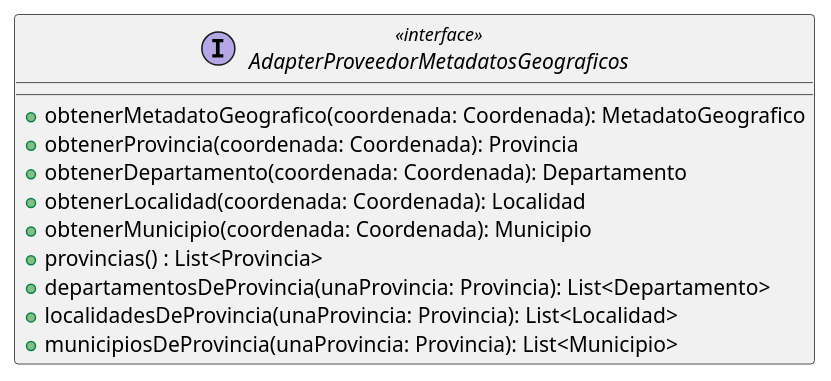
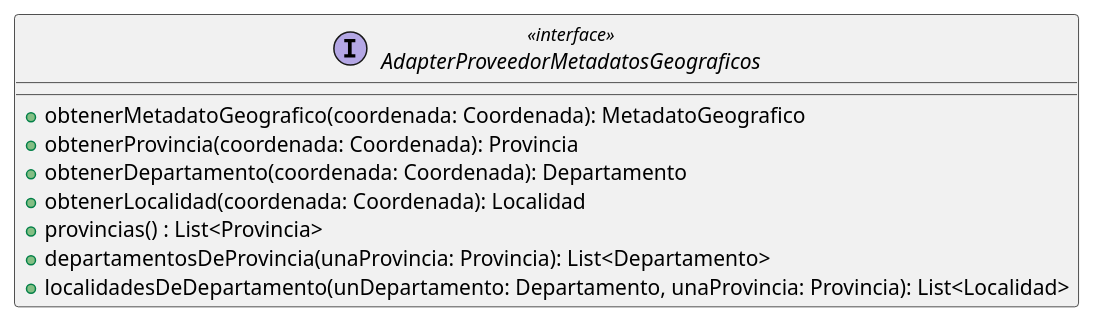
One commit to mbertogliati/dds-tpa changed the diagram in main-project/DC/E3/meta_datos_geo/AdapterProveedorMetadatosGeograficos.puml. Above: the diagram before and after it, drawn with PlantUML. The commit also changed 31 other files, not shown here.

```diff
--- a/main-project/DC/E3/meta_datos_geo/AdapterProveedorMetadatosGeograficos.puml
+++ b/main-project/DC/E3/meta_datos_geo/AdapterProveedorMetadatosGeograficos.puml
@@ -1,16 +1,14 @@
 @startuml
 'https://plantuml.com/class-diagram
 
 interface AdapterProveedorMetadatosGeograficos << interface >> {
   + obtenerMetadatoGeografico(coordenada: Coordenada): MetadatoGeografico
   + obtenerProvincia(coordenada: Coordenada): Provincia
   + obtenerDepartamento(coordenada: Coordenada): Departamento
   + obtenerLocalidad(coordenada: Coordenada): Localidad
-  + obtenerMunicipio(coordenada: Coordenada): Municipio
   + provincias() : List<Provincia>
   + departamentosDeProvincia(unaProvincia: Provincia): List<Departamento>
-  + localidadesDeProvincia(unaProvincia: Provincia): List<Localidad>
-  + municipiosDeProvincia(unaProvincia: Provincia): List<Municipio>
+  + localidadesDeDepartamento(unDepartamento: Departamento, unaProvincia: Provincia): List<Localidad>
 }
 
 @enduml
```
